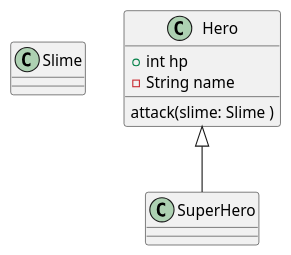
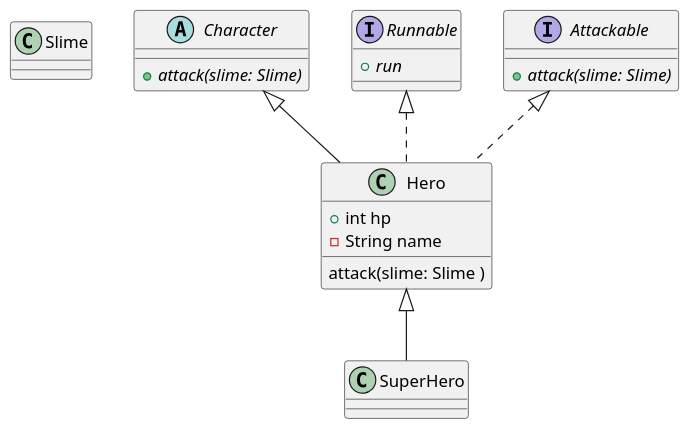
Before and after one commit to SurvivalCodingCampus/winter_kotlin_lecture: the diagram in src/main/kotlin/day6/Game.puml, drawn with PlantUML. The commit also changed 1 other file, not shown here.

```diff
--- a/src/main/kotlin/day6/Game.puml
+++ b/src/main/kotlin/day6/Game.puml
@@ -1,17 +1,29 @@
 @startuml
 'https://plantuml.com/class-diagram
 
-scale 1.1
+scale 1.2
 
 class Slime
 
-class Hero {
+class Hero extends Character implements Runnable, Attackable{
     + int hp
     - String name
 
     attack(slime: Slime )
 }
 
 class SuperHero extends Hero
 
+abstract class Character {
+    {abstract} +attack(slime: Slime)
+}
+
+interface Attackable {
+    {abstract} +attack(slime: Slime)
+}
+
+interface Runnable {
+    {abstract} +run
+}
+
 @enduml
```
